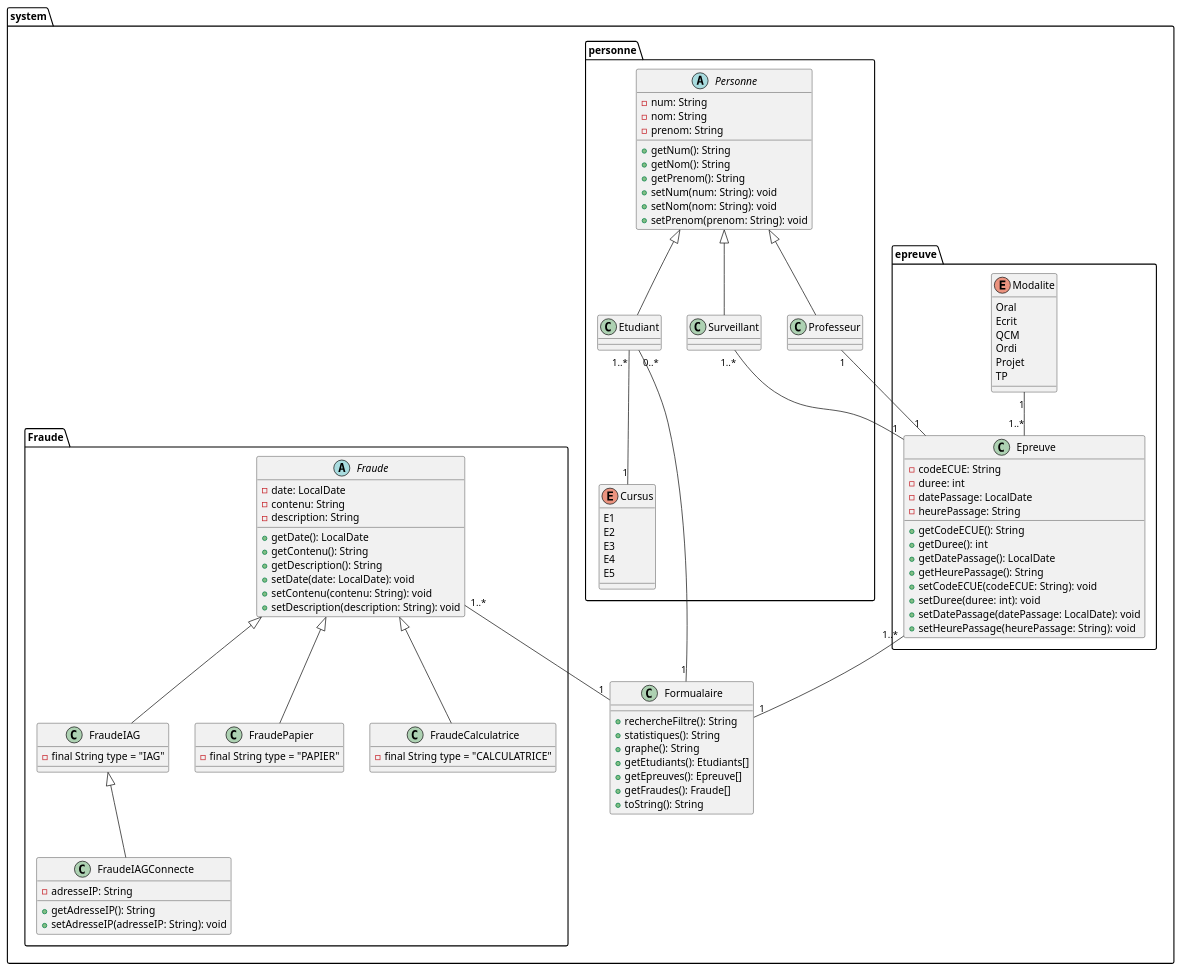
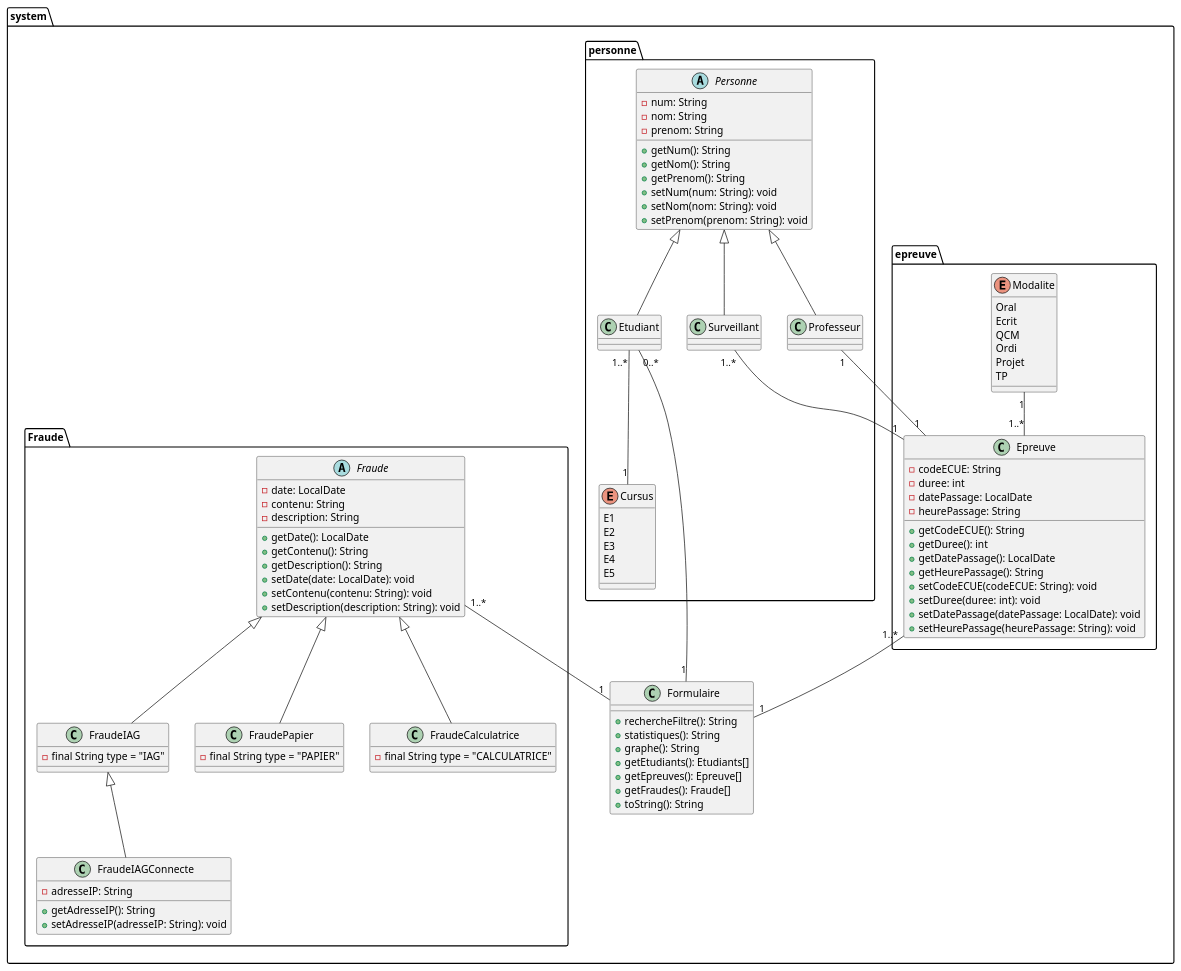
Before and after one commit to TheTadake/Fraudulax: the diagram in Projet_Dev2/src/Fraude.puml, drawn with PlantUML.

Commit message:
Correction UML

```diff
--- a/Projet_Dev2/src/Fraude.puml
+++ b/Projet_Dev2/src/Fraude.puml
@@ -1,118 +1,120 @@
 @startuml
 
 package "system.epreuve" {
 
     class Epreuve {
         - codeECUE: String
         - duree: int
         - datePassage: LocalDate
         - heurePassage: String
         + getCodeECUE(): String
         + getDuree(): int
         + getDatePassage(): LocalDate
         + getHeurePassage(): String
         + setCodeECUE(codeECUE: String): void
         + setDuree(duree: int): void
         + setDatePassage(datePassage: LocalDate): void
         + setHeurePassage(heurePassage: String): void
 
     }
 
 
     Enum Modalite {
         Oral
         Ecrit
         QCM
         Ordi
         Projet
         TP
     }
 
 
 }
 package "system.personne" {
     abstract Personne {
         - num: String
         - nom: String
         - prenom: String
         + getNum(): String
         + getNom(): String
         + getPrenom(): String
         + setNum(num: String): void
         + setNom(nom: String): void
         + setPrenom(prenom: String): void
 
     }
 
     class Etudiant extends Personne{
 
         }
     class Surveillant extends Personne{
 
         }
     class Professeur extends Personne{
 
         }
     Enum Cursus {
         E1
         E2
         E3
         E4
         E5
     }
 
 }
 package "system.Fraude"{
     abstract class Fraude {
         - date: LocalDate
         - contenu: String
         - description: String
 
+
         + getDate(): LocalDate
         + getContenu(): String
         + getDescription(): String
         + setDate(date: LocalDate): void
         + setContenu(contenu: String): void
         + setDescription(description: String): void
 
     }
 
     class FraudeIAG extends Fraude {
         - final String type = "IAG"
     }
 
     class FraudePapier extends Fraude {
         - final String type = "PAPIER"
     }
 
     class FraudeCalculatrice extends Fraude {
         - final String type = "CALCULATRICE"
     }
     class FraudeIAGConnecte extends FraudeIAG {
 
         - adresseIP: String
         + getAdresseIP(): String
         + setAdresseIP(adresseIP: String): void
     }
 }
 package "system" {
-    class Formualaire {
+    class Formulaire {
+
          + rechercheFiltre(): String
          + statistiques(): String
          + graphe(): String
          + getEtudiants(): Etudiants[]
          + getEpreuves(): Epreuve[]
          + getFraudes(): Fraude[]
          + toString(): String
      }
 }
 
 Modalite "1"--"1..*" Epreuve
 Professeur "1"--"1" Epreuve
 Surveillant "1..*"--"1" Epreuve
 Etudiant "1..*"--"1" Cursus
-"system.Fraude.Fraude" "1..*"--"1" Formualaire
-Epreuve "1..*"--"1" Formualaire
-Etudiant "0..*"--"1" Formualaire
+"system.Fraude.Fraude" "1..*"--"1" Formulaire
+Epreuve "1..*"--"1" Formulaire
+Etudiant "0..*"--"1" Formulaire
 
 @enduml
```
